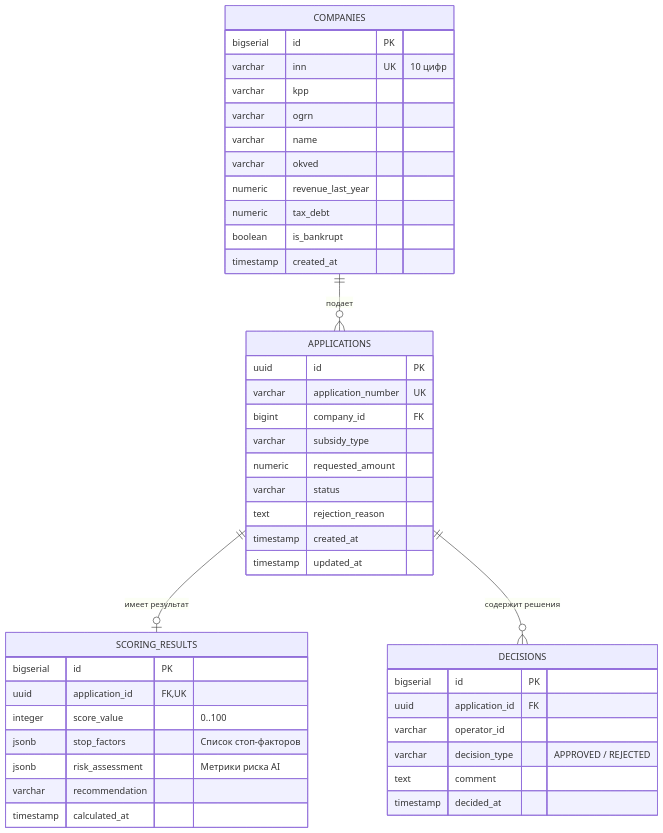
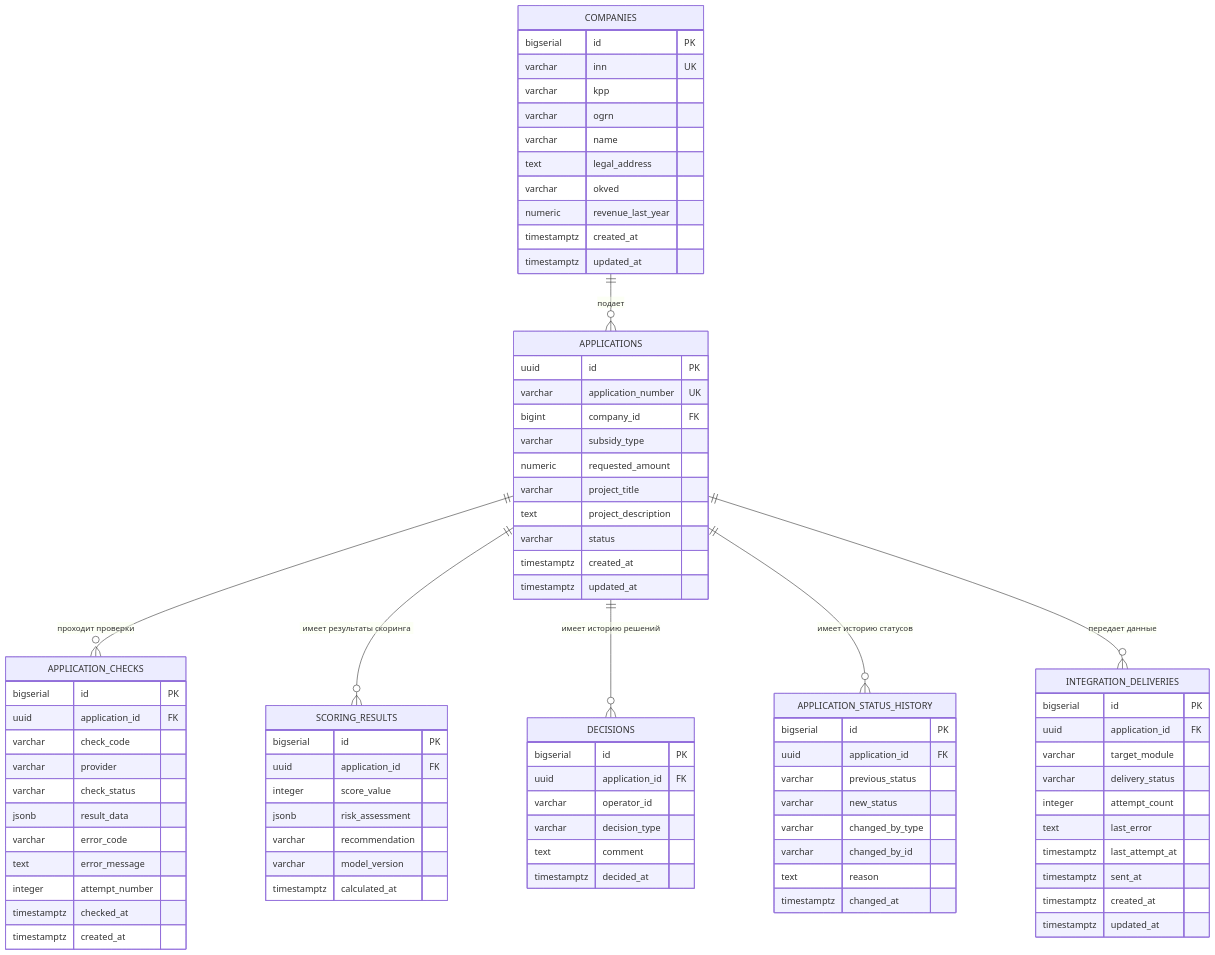
Before and after one commit to JoolsCohen/industrial-support-platform: the diagram in docs/04-db/erd.md, drawn with Mermaid. The commit also changed other lines of this file and 12 other files, not shown here.

````diff
--- a/docs/04-db/erd.md
+++ b/docs/04-db/erd.md
@@ -1,20 +11,23 @@
 ```mermaid
 erDiagram
     COMPANIES ||--o{ APPLICATIONS : "подает"
-    APPLICATIONS ||--o| SCORING_RESULTS : "имеет результат"
-    APPLICATIONS ||--o{ DECISIONS : "содержит решения"
+    APPLICATIONS ||--o{ APPLICATION_CHECKS : "проходит проверки"
+    APPLICATIONS ||--o{ SCORING_RESULTS : "имеет результаты скоринга"
+    APPLICATIONS ||--o{ DECISIONS : "имеет историю решений"
+    APPLICATIONS ||--o{ APPLICATION_STATUS_HISTORY : "имеет историю статусов"
+    APPLICATIONS ||--o{ INTEGRATION_DELIVERIES : "передает данные"
 
     COMPANIES {
         bigserial id PK
-        varchar inn UK "10 цифр"
+        varchar inn UK
         varchar kpp
         varchar ogrn
         varchar name
+        text legal_address
         varchar okved
         numeric revenue_last_year
-        numeric tax_debt
-        boolean is_bankrupt
-        timestamp created_at
+        timestamptz created_at
+        timestamptz updated_at
     }
 
     APPLICATIONS {
@@ -23,28 +36,67 @@
         bigint company_id FK
         varchar subsidy_type
         numeric requested_amount
+        varchar project_title
+        text project_description
         varchar status
-        text rejection_reason
-        timestamp created_at
-        timestamp updated_at
+        timestamptz created_at
+        timestamptz updated_at
+    }
+
+    APPLICATION_CHECKS {
+        bigserial id PK
+        uuid application_id FK
+        varchar check_code
+        varchar provider
+        varchar check_status
+        jsonb result_data
+        varchar error_code
+        text error_message
+        integer attempt_number
+        timestamptz checked_at
+        timestamptz created_at
     }
 
     SCORING_RESULTS {
         bigserial id PK
-        uuid application_id FK, UK
-        integer score_value "0..100"
-        jsonb stop_factors "Список стоп-факторов"
-        jsonb risk_assessment "Метрики риска AI"
+        uuid application_id FK
+        integer score_value
+        jsonb risk_assessment
         varchar recommendation
-        timestamp calculated_at
+        varchar model_version
+        timestamptz calculated_at
     }
 
     DECISIONS {
         bigserial id PK
         uuid application_id FK
         varchar operator_id
-        varchar decision_type "APPROVED / REJECTED"
+        varchar decision_type
         text comment
-        timestamp decided_at
+        timestamptz decided_at
+    }
+
+    APPLICATION_STATUS_HISTORY {
+        bigserial id PK
+        uuid application_id FK
+        varchar previous_status
+        varchar new_status
+        varchar changed_by_type
+        varchar changed_by_id
+        text reason
+        timestamptz changed_at
+    }
+
+    INTEGRATION_DELIVERIES {
+        bigserial id PK
+        uuid application_id FK
+        varchar target_module
+        varchar delivery_status
+        integer attempt_count
+        text last_error
+        timestamptz last_attempt_at
+        timestamptz sent_at
+        timestamptz created_at
+        timestamptz updated_at
     }
 ```
````
